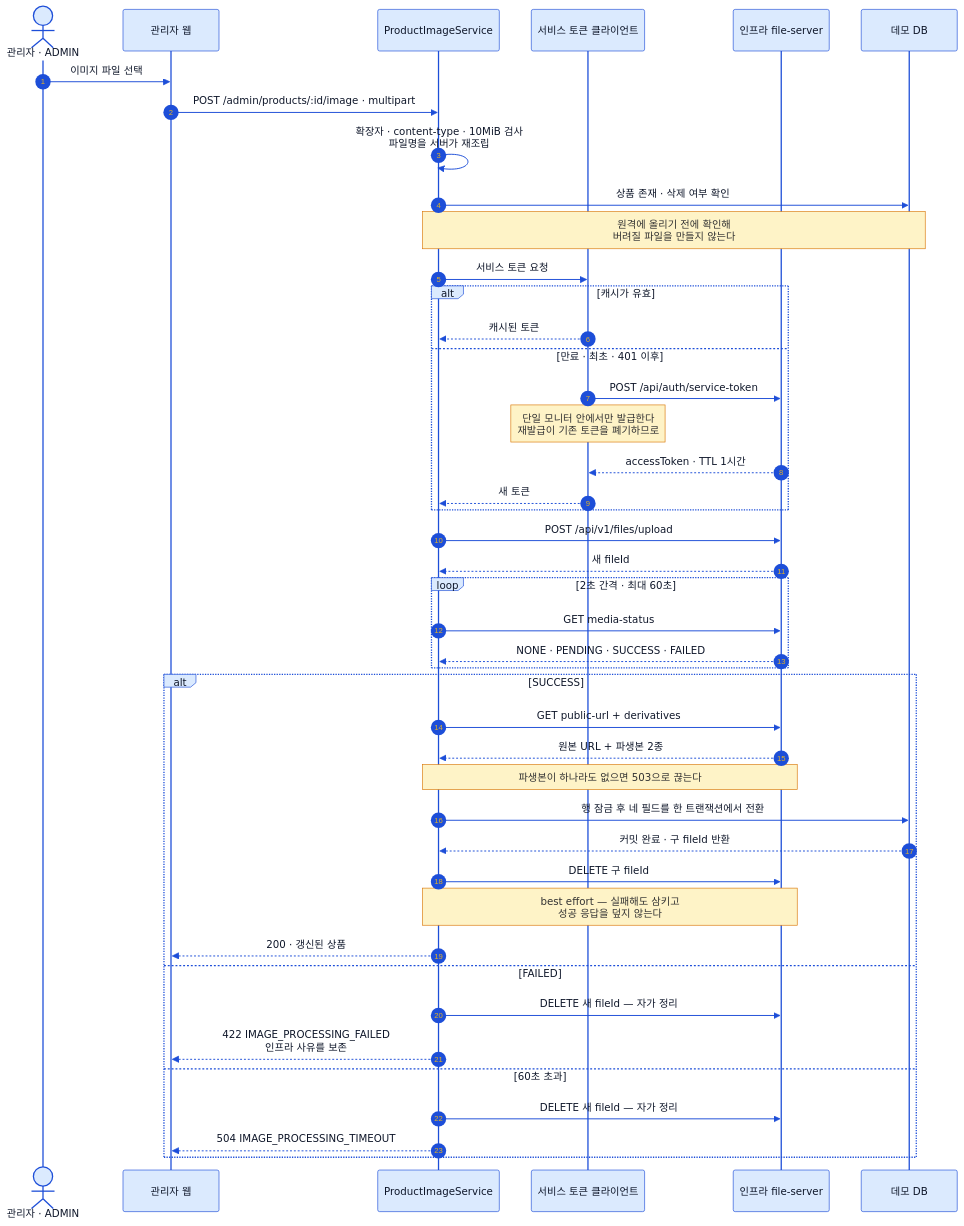
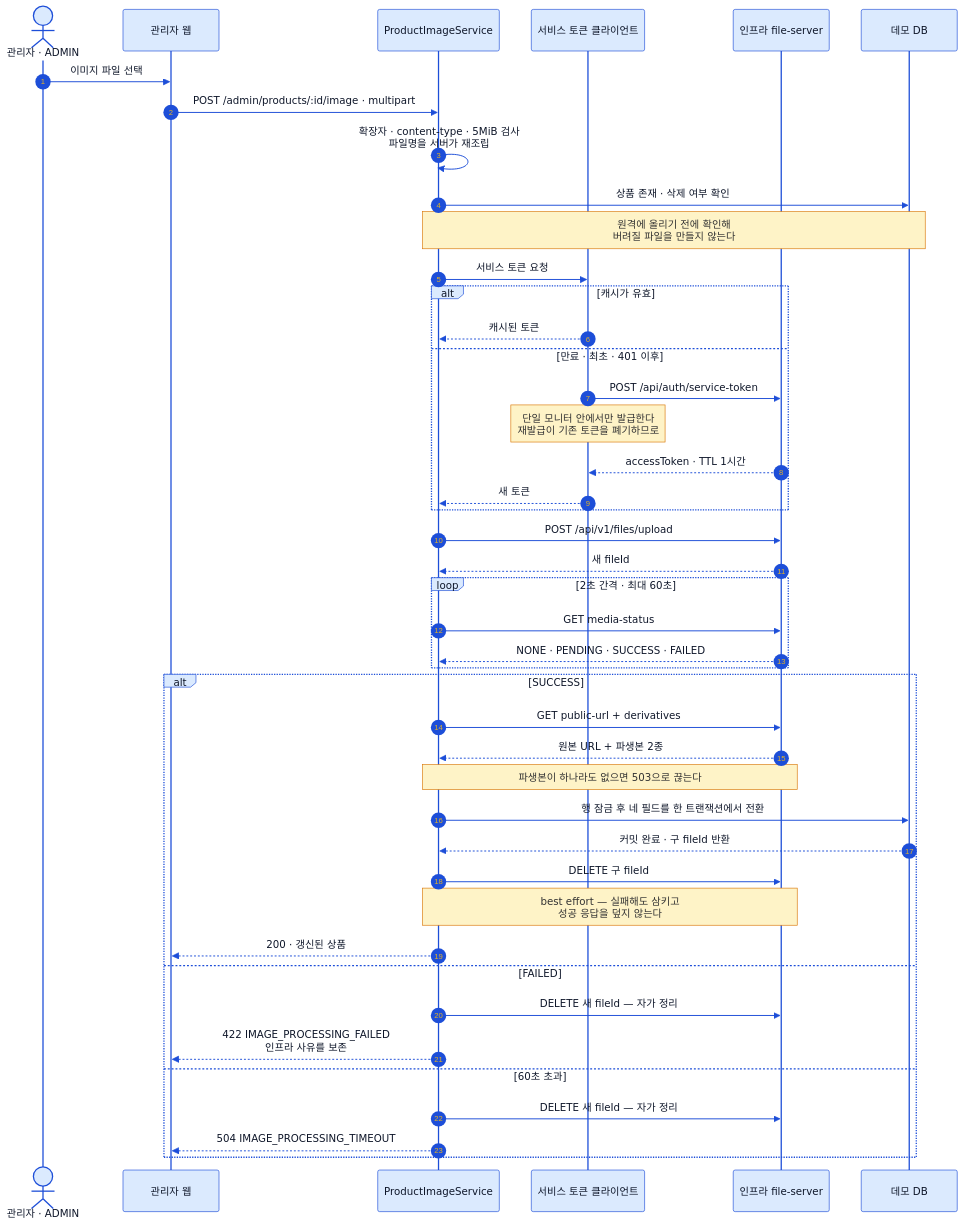
Before and after one commit to s-work-agency/ssw-e-commerce-demo-public: the fourth of 4 diagrams in docs/architecture/09-infra-integration.md, drawn with Mermaid. The commit also changed other lines of this file and 4 other files, not shown here.

````diff
--- a/docs/architecture/09-infra-integration.md
+++ b/docs/architecture/09-infra-integration.md
@@ -391,53 +395,53 @@
 ```mermaid
 %%{init: {"theme":"base","fontFamily":"Pretendard, Malgun Gothic, sans-serif","themeVariables":{"fontSize":"14px","primaryColor":"#DBEAFE","primaryBorderColor":"#1D4ED8","primaryTextColor":"#0F172A","lineColor":"#1D4ED8","secondaryColor":"#FEF3C7","tertiaryColor":"#DCFCE7","clusterBkg":"#F8FAFC","clusterBorder":"#CBD5E1","noteBkgColor":"#FEF3C7","noteBorderColor":"#D97706","actorBkg":"#DBEAFE","actorBorder":"#1D4ED8","actorTextColor":"#0F172A","signalColor":"#1D4ED8","signalTextColor":"#0F172A","labelBoxBkgColor":"#DBEAFE","labelBoxBorderColor":"#1D4ED8","altSectionBkgColor":"#F8FAFC"},"flowchart":{"curve":"basis","htmlLabels":true,"padding":12}}}%%
 %% 공통 브랜드 테마 — architecture/*.md 전 다이어그램에 동일한 init 블록이 들어간다. 색을 바꿀 때는 이 폴더 전 파일을 일괄 치환할 것.
 sequenceDiagram
     autonumber
     actor A as 관리자 · ADMIN
     participant W as 관리자 웹
     participant P as ProductImageService
     participant T as 서비스 토큰 클라이언트
     participant F as 인프라 file-server
     participant DB as 데모 DB
 
     A->>W: 이미지 파일 선택
     W->>P: POST /admin/products/:id/image · multipart
-    P->>P: 확장자 · content-type · 10MiB 검사<br/>파일명을 서버가 재조립
+    P->>P: 확장자 · content-type · 5MiB 검사<br/>파일명을 서버가 재조립
     P->>DB: 상품 존재 · 삭제 여부 확인
     Note over P,DB: 원격에 올리기 전에 확인해<br/>버려질 파일을 만들지 않는다
 
     P->>T: 서비스 토큰 요청
     alt 캐시가 유효
         T-->>P: 캐시된 토큰
     else 만료 · 최초 · 401 이후
         T->>F: POST /api/auth/service-token
         Note over T: 단일 모니터 안에서만 발급한다<br/>재발급이 기존 토큰을 폐기하므로
         F-->>T: accessToken · TTL 1시간
         T-->>P: 새 토큰
     end
 
     P->>F: POST /api/v1/files/upload
     F-->>P: 새 fileId
 
     loop 2초 간격 · 최대 60초
         P->>F: GET media-status
         F-->>P: NONE · PENDING · SUCCESS · FAILED
     end
 
     alt SUCCESS
         P->>F: GET public-url + derivatives
         F-->>P: 원본 URL + 파생본 2종
         Note over P,F: 파생본이 하나라도 없으면 503으로 끊는다
         P->>DB: 행 잠금 후 네 필드를 한 트랜잭션에서 전환
         DB-->>P: 커밋 완료 · 구 fileId 반환
         P->>F: DELETE 구 fileId
         Note over P,F: best effort — 실패해도 삼키고<br/>성공 응답을 덮지 않는다
         P-->>W: 200 · 갱신된 상품
     else FAILED
         P->>F: DELETE 새 fileId — 자가 정리
         P-->>W: 422 IMAGE_PROCESSING_FAILED<br/>인프라 사유를 보존
     else 60초 초과
         P->>F: DELETE 새 fileId — 자가 정리
         P-->>W: 504 IMAGE_PROCESSING_TIMEOUT
     end
 ```
````
